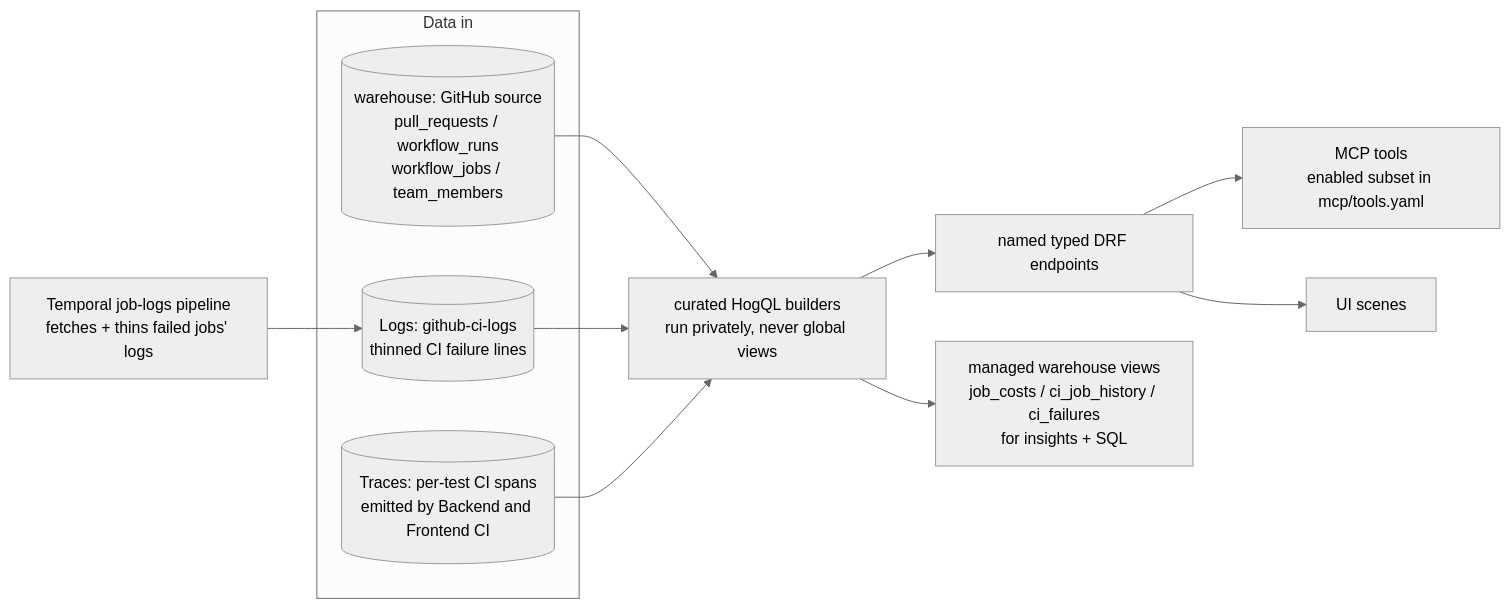
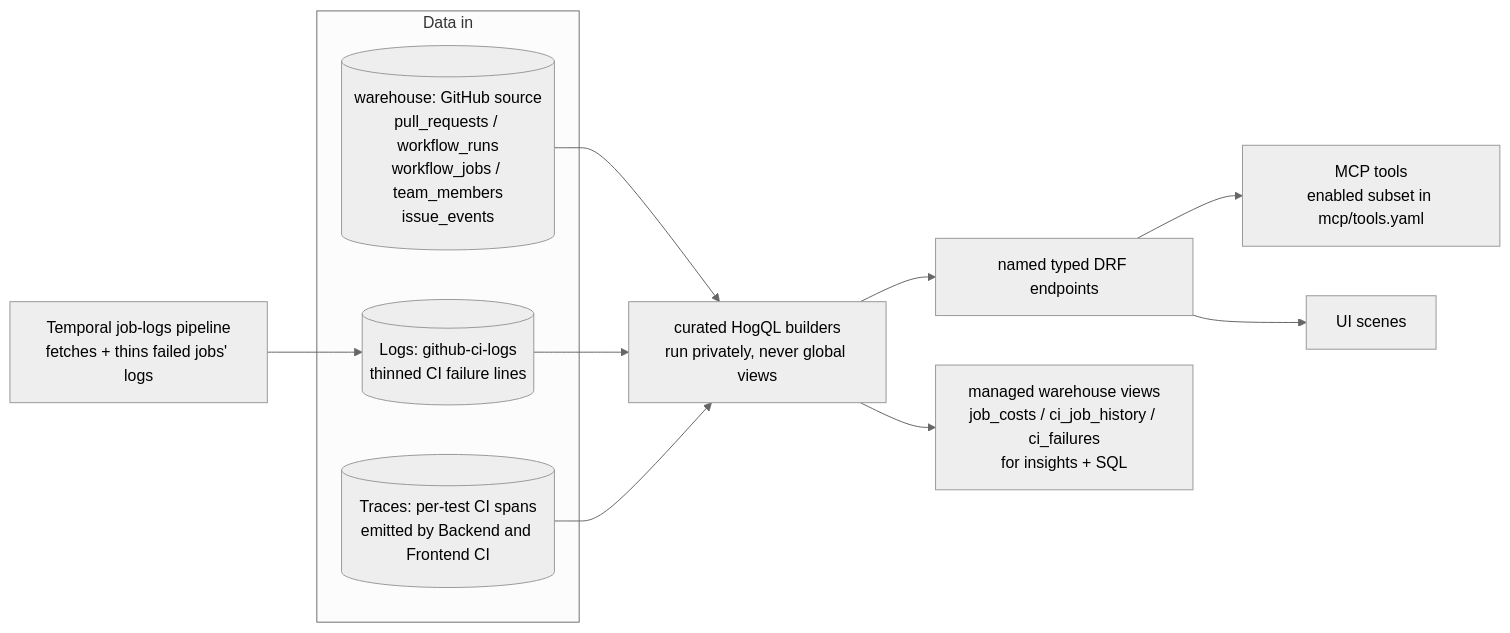
Before and after one commit to gabrielmoreira/agent-skills-mirror: the diagram in mirrors/repos/PostHog@posthog/products/engineering_analytics/README.md, drawn with Mermaid (neutral theme). The commit also changed other lines of this file and 2966 other files, not shown here.

````diff
--- a/mirrors/repos/PostHog@posthog/products/engineering_analytics/README.md
+++ b/mirrors/repos/PostHog@posthog/products/engineering_analytics/README.md
@@ -64,18 +64,18 @@
 ```mermaid
 graph LR
     subgraph "Data in"
-        WH[("warehouse: GitHub source<br/>pull_requests / workflow_runs<br/>workflow_jobs / team_members")]
+        WH[("warehouse: GitHub source<br/>pull_requests / workflow_runs<br/>workflow_jobs / team_members<br/>issue_events")]
         LOGS[("Logs: github-ci-logs<br/>thinned CI failure lines")]
         TRACES[("Traces: per-test CI spans<br/>emitted by Backend and Frontend CI")]
     end
     JL["Temporal job-logs pipeline<br/>fetches + thins failed jobs' logs"] --> LOGS
     CUR["curated HogQL builders<br/>run privately, never global views"]
     WH --> CUR
     LOGS --> CUR
     TRACES --> CUR
     EP["named typed DRF endpoints"]
     CUR --> EP
     EP --> MCP["MCP tools<br/>enabled subset in mcp/tools.yaml"]
     EP --> UI["UI scenes"]
     CUR --> WV["managed warehouse views<br/>job_costs / ci_job_history / ci_failures<br/>for insights + SQL"]
 ```
````
